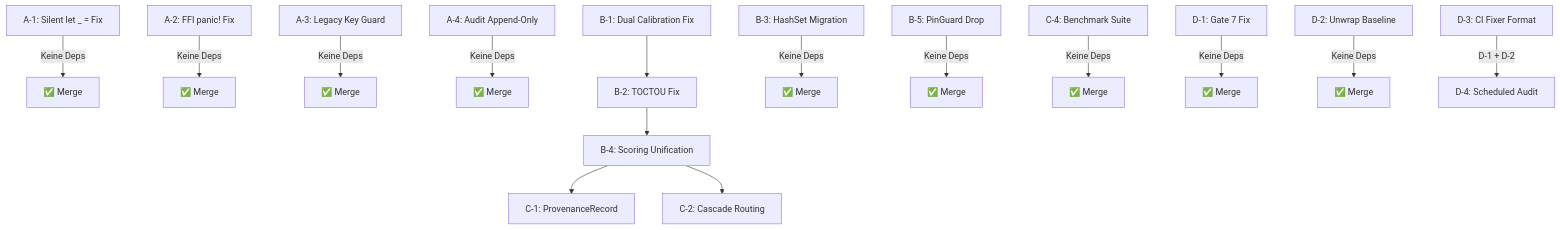
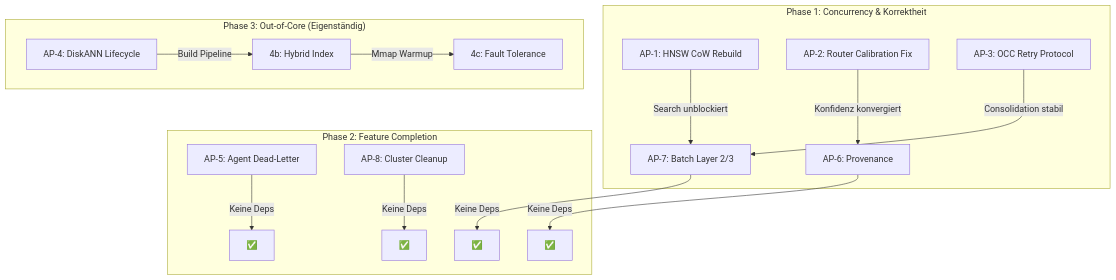
Before and after one commit to tfufuz1/memfuse: the diagram in Implementationplan.md, drawn with Mermaid. The commit also changed other lines of this file and 4 other files, not shown here.

````diff
--- a/Implementationplan.md
+++ b/Implementationplan.md
@@ -302,21 +370,21 @@
 ```mermaid
 graph TD
-    A1["A-1: Silent let _ = Fix"] --> |"Keine Deps"| DONE1["✅ Merge"]
-    A2["A-2: FFI panic! Fix"] --> |"Keine Deps"| DONE2["✅ Merge"]
-    A3["A-3: Legacy Key Guard"] --> |"Keine Deps"| DONE3["✅ Merge"]
-    A4["A-4: Audit Append-Only"] --> |"Keine Deps"| DONE4["✅ Merge"]
+    subgraph "Phase 1: Concurrency & Korrektheit"
+        AP1["AP-1: HNSW CoW Rebuild"] --> |"Search unblockiert"| AP7["AP-7: Batch Layer 2/3"]
+        AP2["AP-2: Router Calibration Fix"] --> |"Konfidenz konvergiert"| AP6["AP-6: Provenance"]
+        AP3["AP-3: OCC Retry Protocol"] --> |"Consolidation stabil"| AP7
+    end
     
-    B1["B-1: Dual Calibration Fix"] --> B2["B-2: TOCTOU Fix"]
-    B2 --> B4["B-4: Scoring Unification"]
-    B3["B-3: HashSet Migration"] --> |"Keine Deps"| DONE5["✅ Merge"]
-    B5["B-5: PinGuard Drop"] --> |"Keine Deps"| DONE6["✅ Merge"]
+    subgraph "Phase 2: Feature Completion"
+        AP5["AP-5: Agent Dead-Letter"] --> |"Keine Deps"| DONE5["✅"]
+        AP6 --> |"Keine Deps"| DONE6["✅"]
+        AP7 --> |"Keine Deps"| DONE7["✅"]
+        AP8["AP-8: Cluster Cleanup"] --> |"Keine Deps"| DONE8["✅"]
+    end
     
-    B4 --> C1["C-1: ProvenanceRecord"]
-    B4 --> C2["C-2: Cascade Routing"]
-    
-    C4["C-4: Benchmark Suite"] --> |"Keine Deps"| DONE7["✅ Merge"]
-    
-    D1["D-1: Gate 7 Fix"] --> |"Keine Deps"| DONE8["✅ Merge"]
-    D2["D-2: Unwrap Baseline"] --> |"Keine Deps"| DONE9["✅ Merge"]
-    D3["D-3: CI Fixer Format"] --> |"D-1 + D-2"| D4["D-4: Scheduled Audit"]
+    subgraph "Phase 3: Out-of-Core (Eigenständig)"
+        AP4["AP-4: DiskANN Lifecycle"]
+        AP4 --> |"Build Pipeline"| AP4B["4b: Hybrid Index"]
+        AP4B --> |"Mmap Warmup"| AP4C["4c: Fault Tolerance"]
+    end
 ```
````
